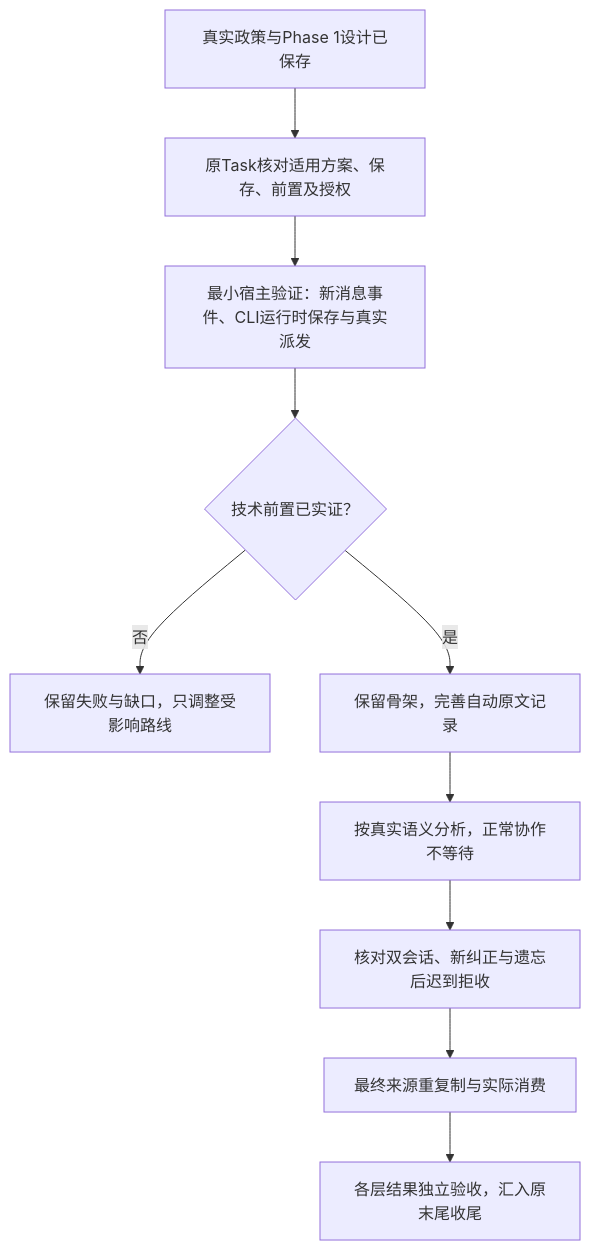
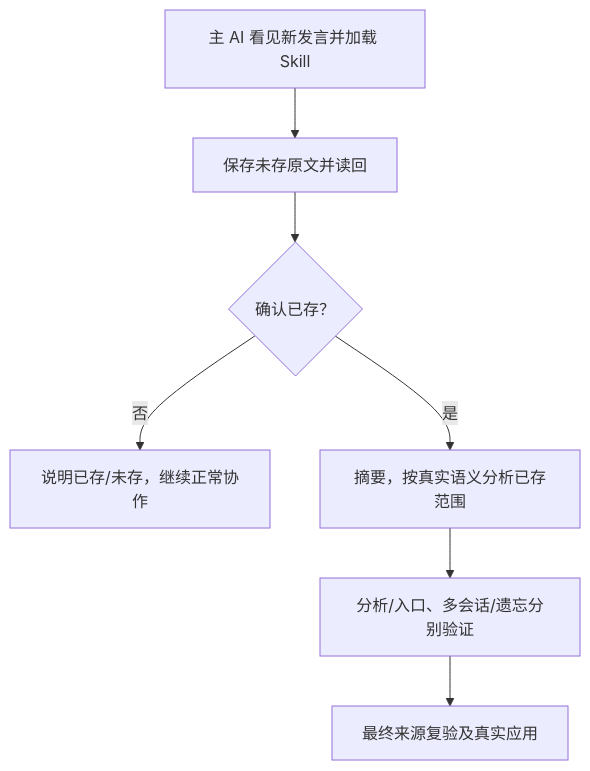
One commit to Ena-Heleneto/agent-foundry changed the first of 3 diagrams in specs/skills/20261029-speckit-workflow-foundation/analysis/spec-analysis/flows.md. Above: the diagram before and after it, drawn with Mermaid. The commit also changed other lines of this file and 124 other files, not shown here.

````diff
--- a/specs/skills/20261029-speckit-workflow-foundation/analysis/spec-analysis/flows.md
+++ b/specs/skills/20261029-speckit-workflow-foundation/analysis/spec-analysis/flows.md
@@ -9,12 +9,9 @@
 ```mermaid
 flowchart TD
-    A["真实政策与Phase 1设计已保存"] --> B["原Task核对适用方案、保存、前置及授权"]
-    B --> D["最小宿主验证：新消息事件、CLI运行时保存与真实派发"]
-    D --> E{"技术前置已实证？"}
-    E -->|否| F["保留失败与缺口，只调整受影响路线"]
-    E -->|是| G["保留骨架，完善自动原文记录"]
-    G --> H["按真实语义分析，正常协作不等待"]
-    H --> J["核对双会话、新纠正与遗忘后迟到拒收"]
-    J --> K["最终来源重复制与实际消费"]
-    K --> I["各层结果独立验收，汇入原末尾收尾"]
+    A["主 AI 看见新发言并加载 Skill"] --> B["保存未存原文并读回"]
+    B --> C{"确认已存？"}
+    C -->|否| D["说明已存/未存，继续正常协作"]
+    C -->|是| E["摘要，按真实语义分析已存范围"]
+    E --> F["分析/入口、多会话/遗忘分别验证"]
+    F --> G["最终来源复验及真实应用"]
 ```
````
